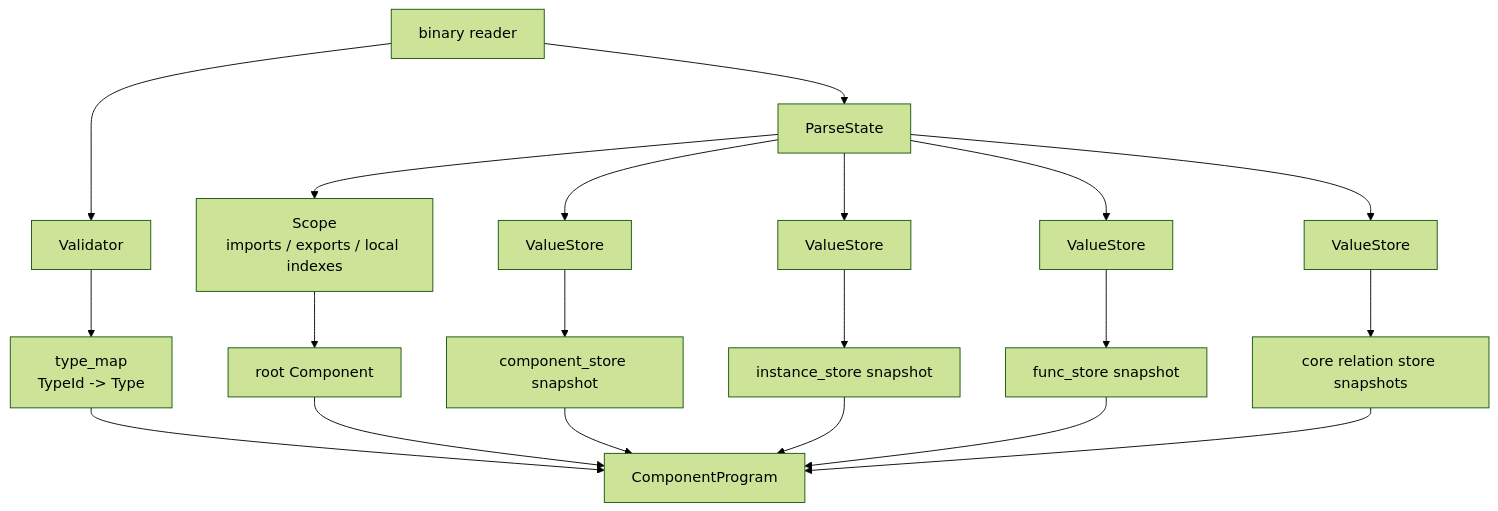
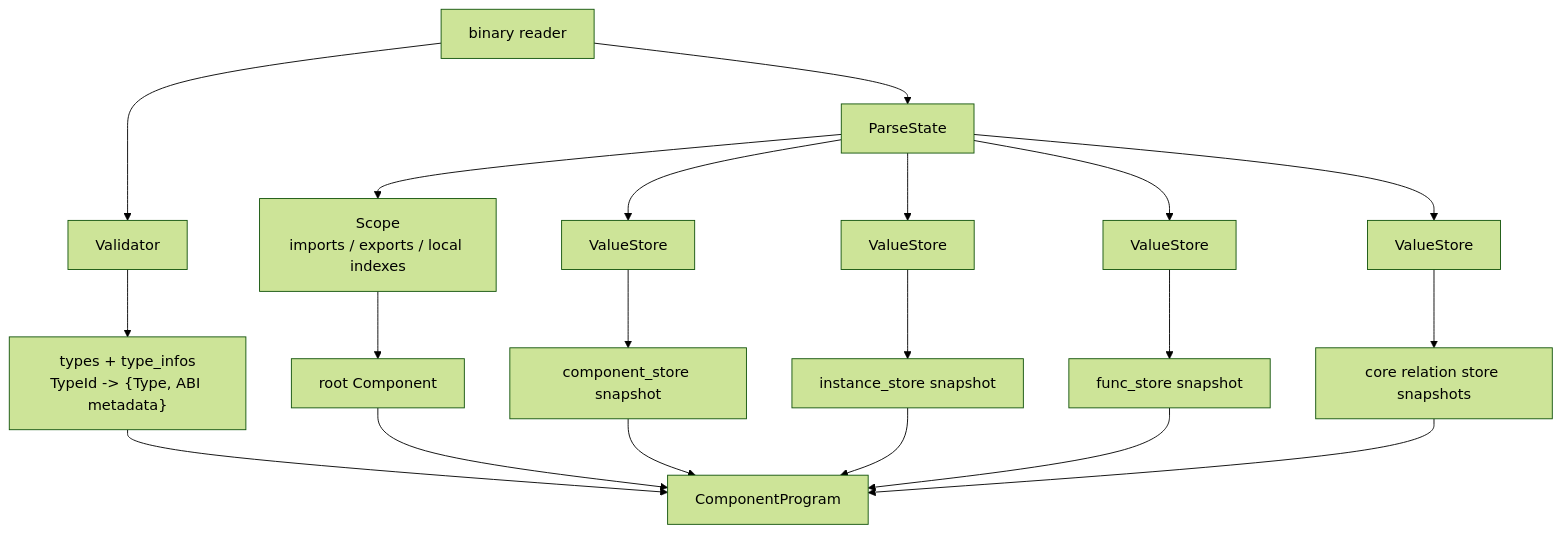
The second of 12 diagrams in docs/component-model/relation-driven-runtime.md (yieldspace/telomere), drawn with Mermaid (forest theme) before and after one commit. The commit also changed other lines of this file and 21 other files, not shown here.

````diff
--- a/docs/component-model/relation-driven-runtime.md
+++ b/docs/component-model/relation-driven-runtime.md
@@ -34,22 +34,22 @@
 ```mermaid
 flowchart TD
     A["binary reader"] --> B["ParseState"]
     A --> C["Validator"]
     B --> D["Scope\nimports / exports / local indexes"]
     B --> E["ValueStore<Component>"]
     B --> F["ValueStore<Instance>"]
     B --> G["ValueStore<Func>"]
     B --> H["ValueStore<CoreModule/CoreInstance/CoreFunc/...>"]
-    C --> I["type_map\nTypeId -> Type"]
+    C --> I["types + type_infos\nTypeId -> {Type, ABI metadata}"]
     D --> J["root Component"]
     E --> K["component_store snapshot"]
     F --> L["instance_store snapshot"]
     G --> M["func_store snapshot"]
     H --> N["core relation store snapshots"]
     I --> O["ComponentProgram"]
     J --> O
     K --> O
     L --> O
     M --> O
     N --> O
 ```
````
